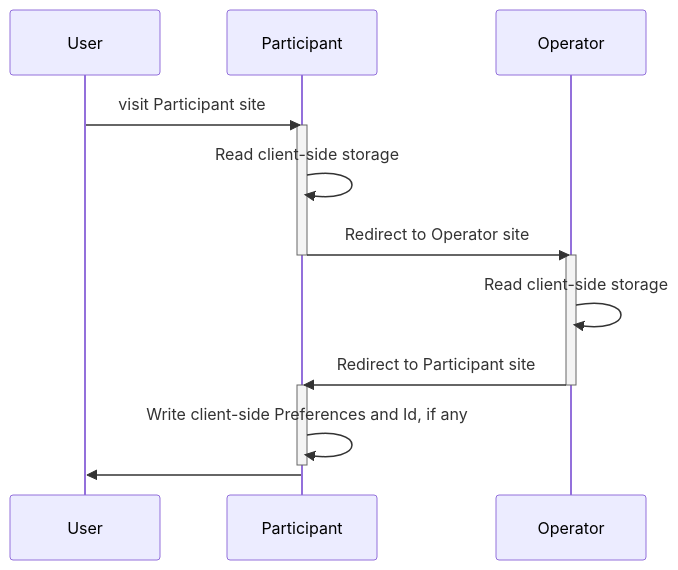
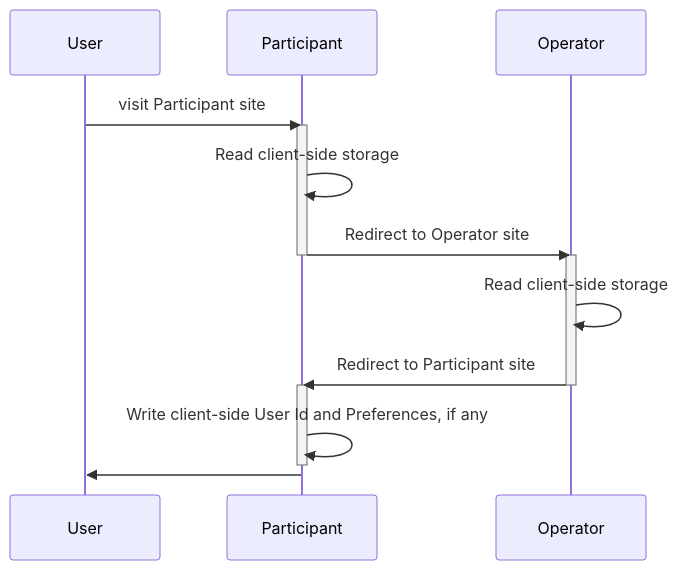
The first of 2 diagrams in mvp-spec/workflows.md (OneKey-Network/addressability-framework), drawn with Mermaid before and after one commit.

````diff
--- a/mvp-spec/workflows.md
+++ b/mvp-spec/workflows.md
@@ -14,25 +14,25 @@
 ```mermaid
 sequenceDiagram
 participant U as User
 participant P as Participant 
 participant O as Operator
 
     U ->> P: visit Participant site
 
     activate P
     P ->> P: Read client-side storage
     P ->> O: Redirect to Operator site
     deactivate P
 
     activate O
     O ->> O: Read client-side storage
     O ->> P: Redirect to Participant site
     deactivate O 
 
     activate P
-    P ->> P: Write client-side Preferences and Id, if any
+    P ->> P: Write client-side User Id and Preferences, if any
     deactivate P
 
     P ->> U: 
 
 ```
````
